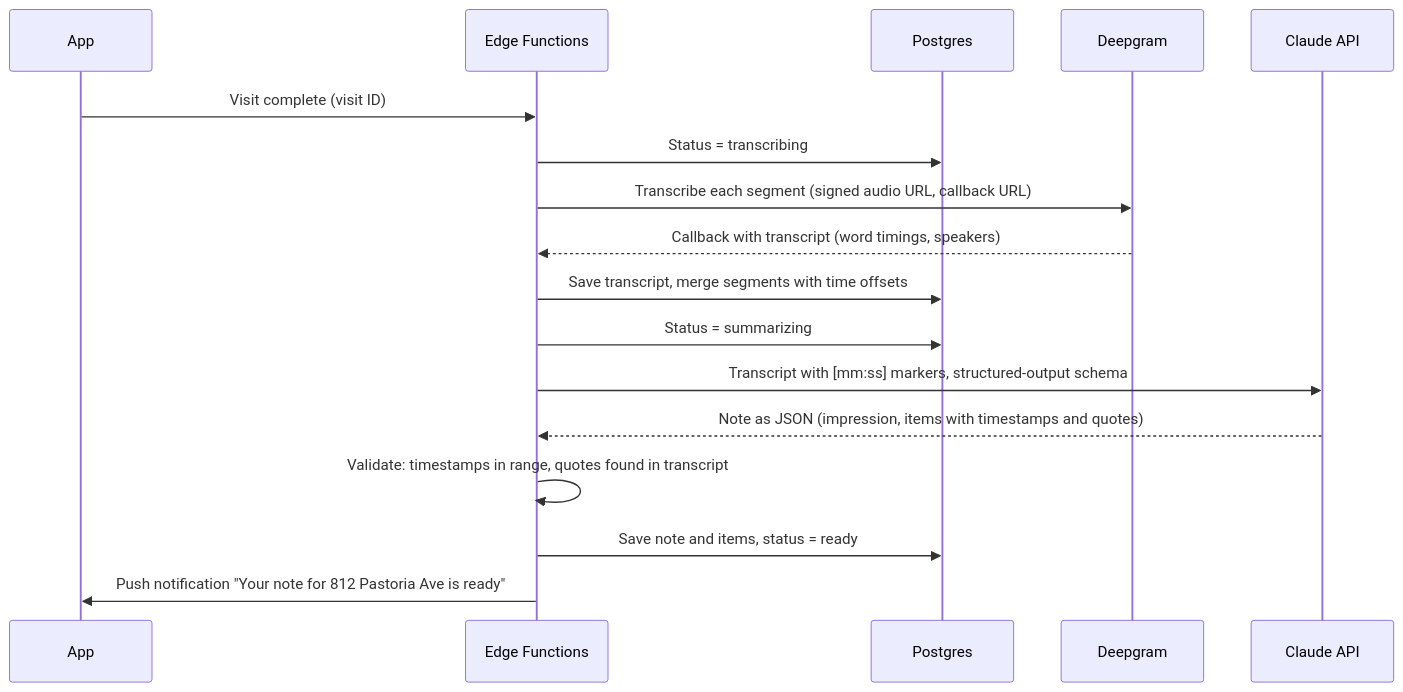
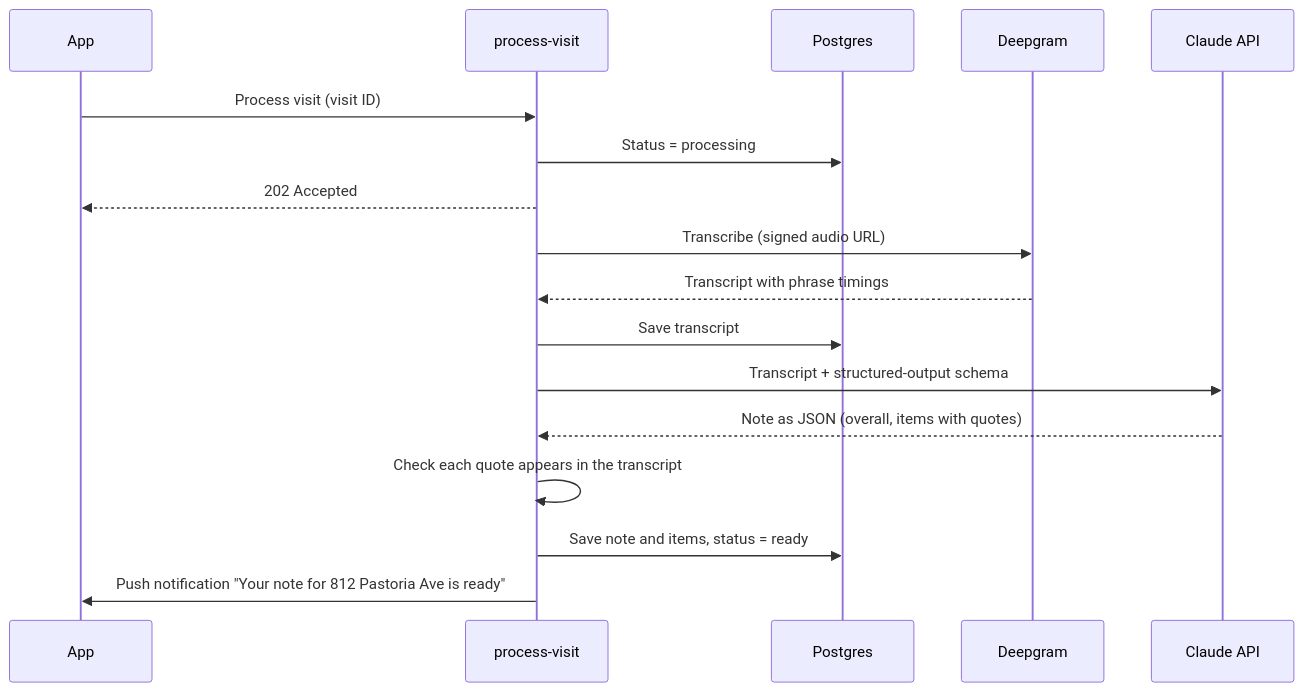
One commit to shawlu95/nexx_tour_intelligence changed the second of 2 diagrams in README.md. Above: the diagram before and after it, drawn with Mermaid. The commit also changed other lines of this file, not shown here.

````diff
--- a/README.md
+++ b/README.md
@@ -226,19 +217,19 @@
 ```mermaid
 sequenceDiagram
   participant App
-  participant Fn as Edge Functions
+  participant Fn as process-visit
   participant DB as Postgres
   participant STT as Deepgram
   participant AI as Claude API
-  App->>Fn: Visit complete (visit ID)
-  Fn->>DB: Status = transcribing
-  Fn->>STT: Transcribe each segment (signed audio URL, callback URL)
-  STT-->>Fn: Callback with transcript (word timings, speakers)
-  Fn->>DB: Save transcript, merge segments with time offsets
-  Fn->>DB: Status = summarizing
-  Fn->>AI: Transcript with [mm:ss] markers, structured-output schema
-  AI-->>Fn: Note as JSON (impression, items with timestamps and quotes)
-  Fn->>Fn: Validate: timestamps in range, quotes found in transcript
+  App->>Fn: Process visit (visit ID)
+  Fn->>DB: Status = processing
+  Fn-->>App: 202 Accepted
+  Fn->>STT: Transcribe (signed audio URL)
+  STT-->>Fn: Transcript with phrase timings
+  Fn->>DB: Save transcript
+  Fn->>AI: Transcript + structured-output schema
+  AI-->>Fn: Note as JSON (overall, items with quotes)
+  Fn->>Fn: Check each quote appears in the transcript
   Fn->>DB: Save note and items, status = ready
   Fn->>App: Push notification "Your note for 812 Pastoria Ave is ready"
 ```
````
